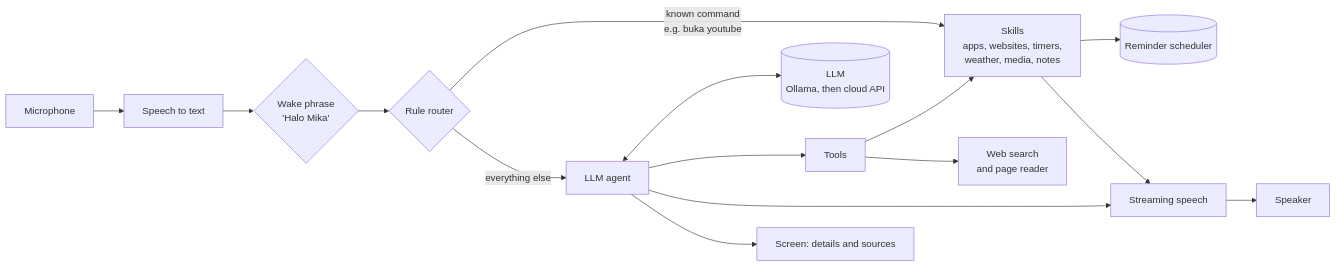
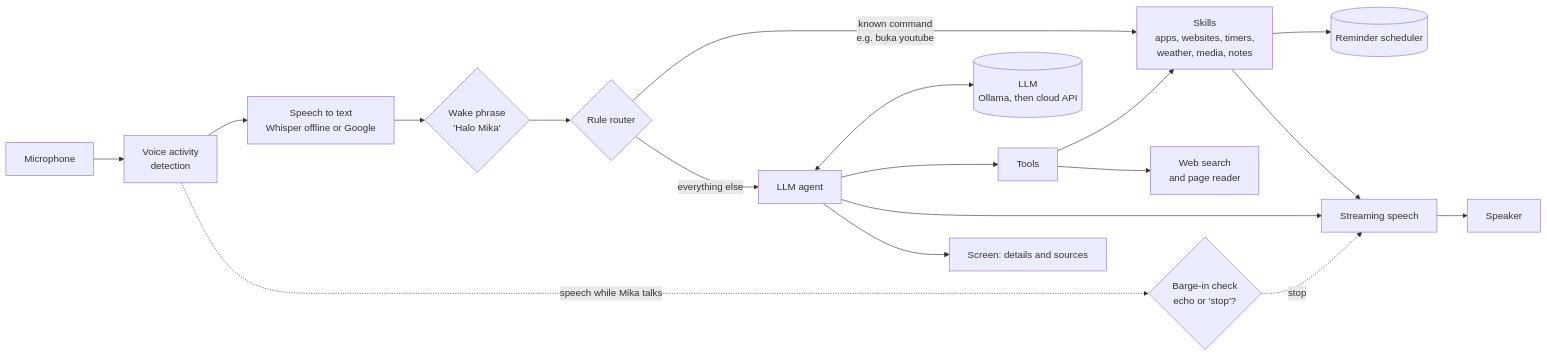
One commit to Adyifa/my-own-personal-ai changed the first of 2 diagrams in README.md. Above: the diagram before and after it, drawn with Mermaid. The commit also changed other lines of this file and 28 other files, not shown here.

First line of the commit message:
Add offline speech recognition, barge-in, and latency logging

````diff
--- a/README.md
+++ b/README.md
@@ -66,17 +70,20 @@
 ```mermaid
 flowchart LR
-    Mic[Microphone] --> STT[Speech to text]
+    Mic[Microphone] --> VAD[Voice activity<br/>detection]
+    VAD --> STT[Speech to text<br/>Whisper offline or Google]
+    VAD -. "speech while Mika talks" .-> Barge{"Barge-in check<br/>echo or 'stop'?"}
+    Barge -. stop .-> TTS
     STT --> Wake{"Wake phrase<br/>'Halo Mika'"}
     Wake --> Router{Rule router}
     Router -- "known command<br/>e.g. buka youtube" --> Skills[Skills<br/>apps, websites, timers,<br/>weather, media, notes]
     Skills --> Scheduler[(Reminder scheduler)]
     Router -- "everything else" --> Agent[LLM agent]
     Agent <--> LLM[("LLM<br/>Ollama, then cloud API")]
     Agent --> Tools[Tools]
     Tools --> Skills
     Tools --> Web[Web search<br/>and page reader]
     Agent --> TTS[Streaming speech]
     Skills --> TTS
     Agent --> Screen[Screen: details and sources]
     TTS --> Speaker[Speaker]
 ```
````
